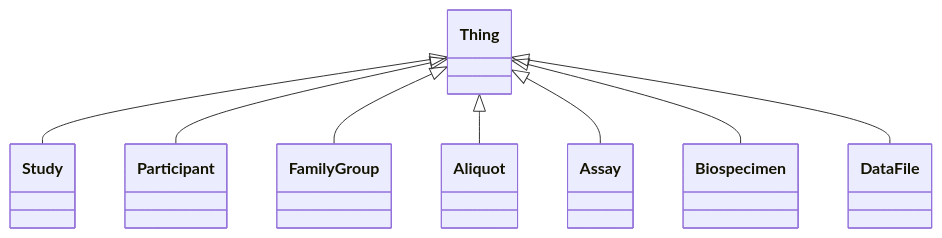
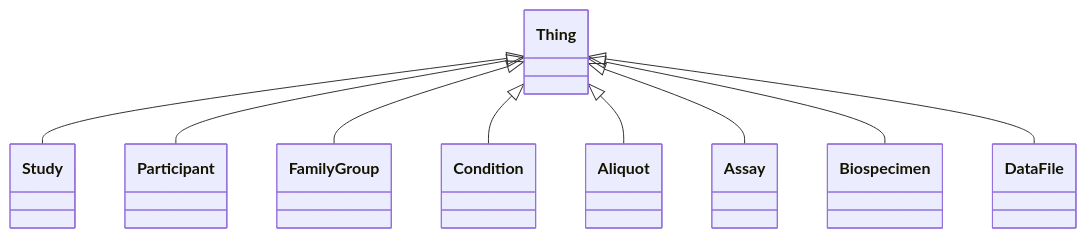
The diagram in docs/Thing.md (include-dcc/include-linkml), drawn with Mermaid before and after one commit. The commit also changed other lines of this file and 21 other files, not shown here.

````diff
--- a/docs/Thing.md
+++ b/docs/Thing.md
@@ -13,13 +13,14 @@
 ```mermaid
  classDiagram
     class Thing
       Thing <|-- Study
       Thing <|-- Participant
       Thing <|-- FamilyGroup
+      Thing <|-- Condition
       Thing <|-- Aliquot
       Thing <|-- Assay
       Thing <|-- Biospecimen
       Thing <|-- DataFile
       
       
 ```
````
